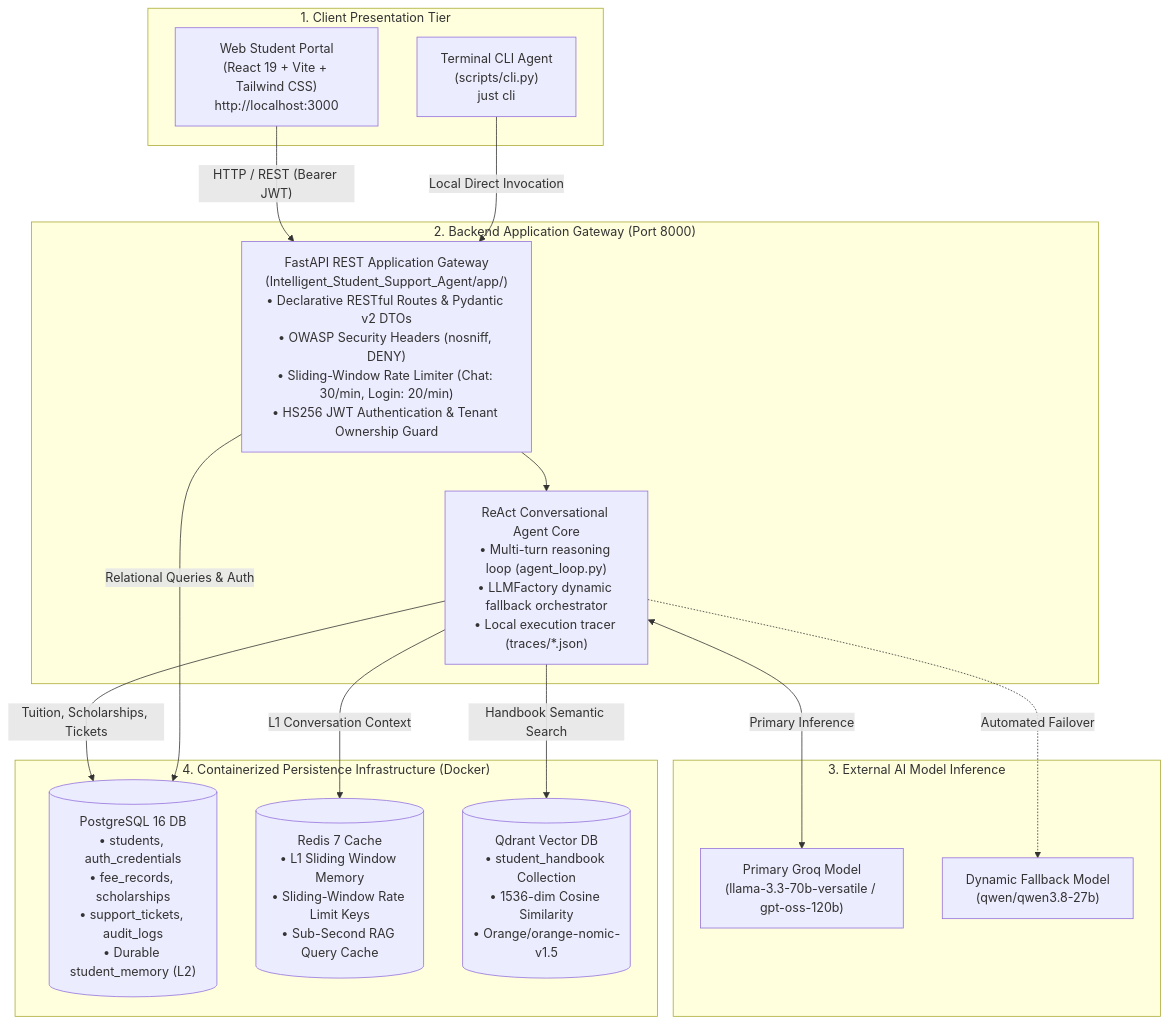
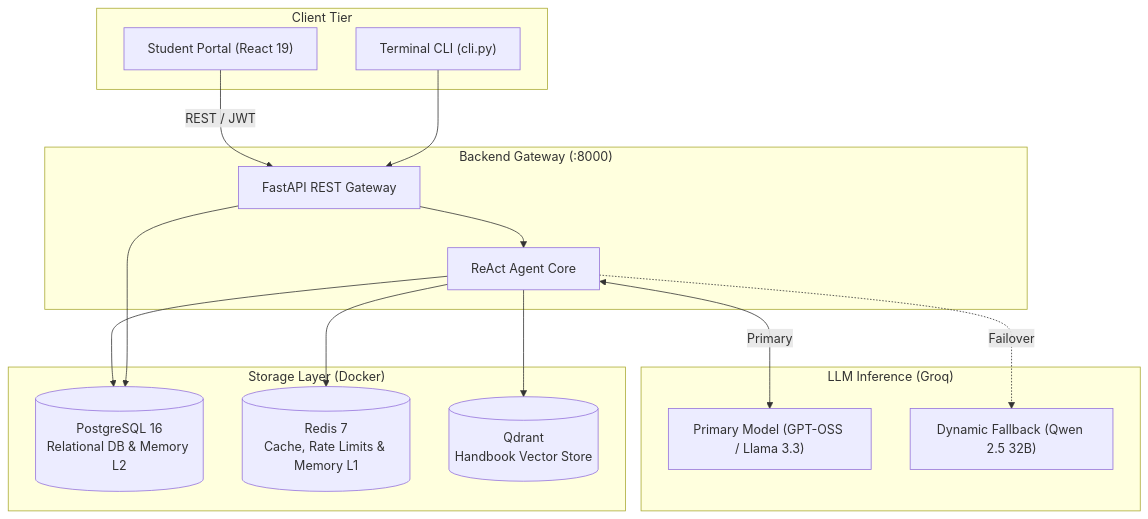
Before and after one commit to nakul-cloud/Intelligent_Student_Support_Agent: the first of 2 diagrams in README.md, drawn with Mermaid. The commit also changed other lines of this file and 28 other files, not shown here.

Commit message:
feat: add Intelligent Student Support Agent backend with RAG and chat controllers

````diff
--- a/README.md
+++ b/README.md
@@ -34,36 +34,35 @@
 ```mermaid
 flowchart TD
-    subgraph ClientLayer["1. Client Presentation Tier"]
-        Portal["Web Student Portal<br/>(React 19 + Vite + Tailwind CSS)<br/>http://localhost:3000"]
-        TerminalCLI["Terminal CLI Agent<br/>(scripts/cli.py)<br/>just cli"]
+    subgraph Client["Client Tier"]
+        Portal["Student Portal (React 19)"]
+        CLI["Terminal CLI (cli.py)"]
     end
 
-    subgraph GatewayLayer["2. Backend Application Gateway (Port 8000)"]
-        FastAPI["FastAPI REST Application Gateway<br/>(Intelligent_Student_Support_Agent/app/)<br/>• Declarative RESTful Routes & Pydantic v2 DTOs<br/>• OWASP Security Headers (nosniff, DENY)<br/>• Sliding-Window Rate Limiter (Chat: 30/min, Login: 20/min)<br/>• HS256 JWT Authentication & Tenant Ownership Guard"]
-        
-        AgentCore["ReAct Conversational Agent Core<br/>• Multi-turn reasoning loop (agent_loop.py)<br/>• LLMFactory dynamic fallback orchestrator<br/>• Local execution tracer (traces/*.json)"]
+    subgraph Gateway["Backend Gateway (:8000)"]
+        FastAPI["FastAPI REST Gateway"]
+        AgentCore["ReAct Agent Core"]
     end
 
-    subgraph CloudAI["3. External AI Model Inference"]
-        GroqPrimary["Primary Groq Model<br/>(llama-3.3-70b-versatile / gpt-oss-120b)"]
-        GroqFallback["Dynamic Fallback Model<br/>(qwen/qwen3.8-27b)"]
+    subgraph Models["LLM Inference (Groq)"]
+        Primary["Primary Model (GPT-OSS / Llama 3.3)"]
+        Fallback["Dynamic Fallback (Qwen 2.5 32B)"]
     end
 
-    subgraph DataLayer["4. Containerized Persistence Infrastructure (Docker)"]
-        Postgres[("PostgreSQL 16 DB<br/>• students, auth_credentials<br/>• fee_records, scholarships<br/>• support_tickets, audit_logs<br/>• Durable student_memory (L2)")]
-        Redis[("Redis 7 Cache<br/>• L1 Sliding Window Memory<br/>• Sliding-Window Rate Limit Keys<br/>• Sub-Second RAG Query Cache")]
-        Qdrant[("Qdrant Vector DB<br/>• student_handbook Collection<br/>• 1536-dim Cosine Similarity<br/>• Orange/orange-nomic-v1.5")]
+    subgraph Storage["Storage Layer (Docker)"]
+        Postgres[("PostgreSQL 16<br/>Relational DB & Memory L2")]
+        Redis[("Redis 7<br/>Cache, Rate Limits & Memory L1")]
+        Qdrant[("Qdrant<br/>Handbook Vector Store")]
     end
 
-    Portal -->|"HTTP / REST (Bearer JWT)"| FastAPI
-    TerminalCLI -->|"Local Direct Invocation"| FastAPI
+    Portal -->|REST / JWT| FastAPI
+    CLI --> FastAPI
     FastAPI --> AgentCore
 
-    AgentCore <-->|"Primary Inference"| GroqPrimary
-    AgentCore -.->|"Automated Failover"| GroqFallback
+    AgentCore <-->|Primary| Primary
+    AgentCore -.->|Failover| Fallback
 
-    AgentCore -->|"Tuition, Scholarships, Tickets"| Postgres
-    AgentCore -->|"L1 Conversation Context"| Redis
-    AgentCore -->|"Handbook Semantic Search"| Qdrant
-    FastAPI -->|"Relational Queries & Auth"| Postgres
+    AgentCore --> Postgres
+    AgentCore --> Redis
+    AgentCore --> Qdrant
+    FastAPI --> Postgres
 ```
````
